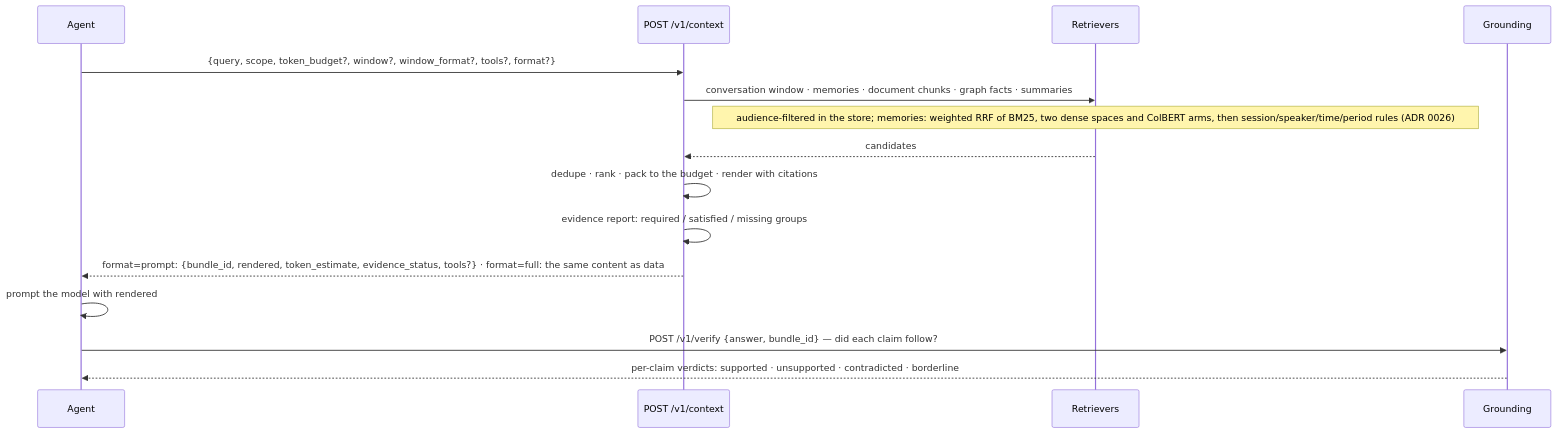
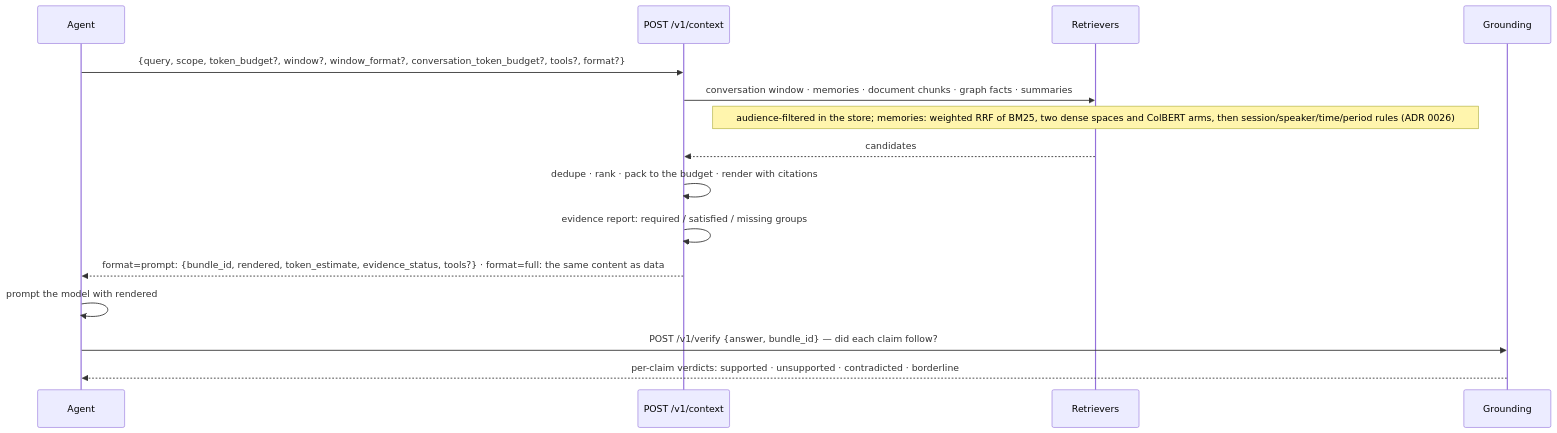
One commit to amitmohapatra/agent-memory-service changed the diagram in docs/api/context.md. Above: the diagram before and after it, drawn with Mermaid. The commit also changed other lines of this file and 27 other files, not shown here.

````diff
--- a/docs/api/context.md
+++ b/docs/api/context.md
@@ -11,17 +11,17 @@
 ```mermaid
 sequenceDiagram
   participant A as Agent
   participant C as POST /v1/context
   participant R as Retrievers
   participant G as Grounding
-  A->>C: {query, scope, token_budget?, window?, window_format?, tools?, format?}
+  A->>C: {query, scope, token_budget?, window?, window_format?, conversation_token_budget?, tools?, format?}
   C->>R: conversation window · memories · document chunks · graph facts · summaries
   Note over R: audience-filtered in the store#59; memories: weighted RRF of BM25, two dense spaces and ColBERT arms, then session/speaker/time/period rules (ADR 0026)
   R-->>C: candidates
   C->>C: dedupe · rank · pack to the budget · render with citations
   C->>C: evidence report: required / satisfied / missing groups
   C-->>A: format=prompt: {bundle_id, rendered, token_estimate, evidence_status, tools?} · format=full: the same content as data
   A->>A: prompt the model with rendered
   A->>G: POST /v1/verify {answer, bundle_id} — did each claim follow?
   G-->>A: per-claim verdicts: supported · unsupported · contradicted · borderline
 ```
````
